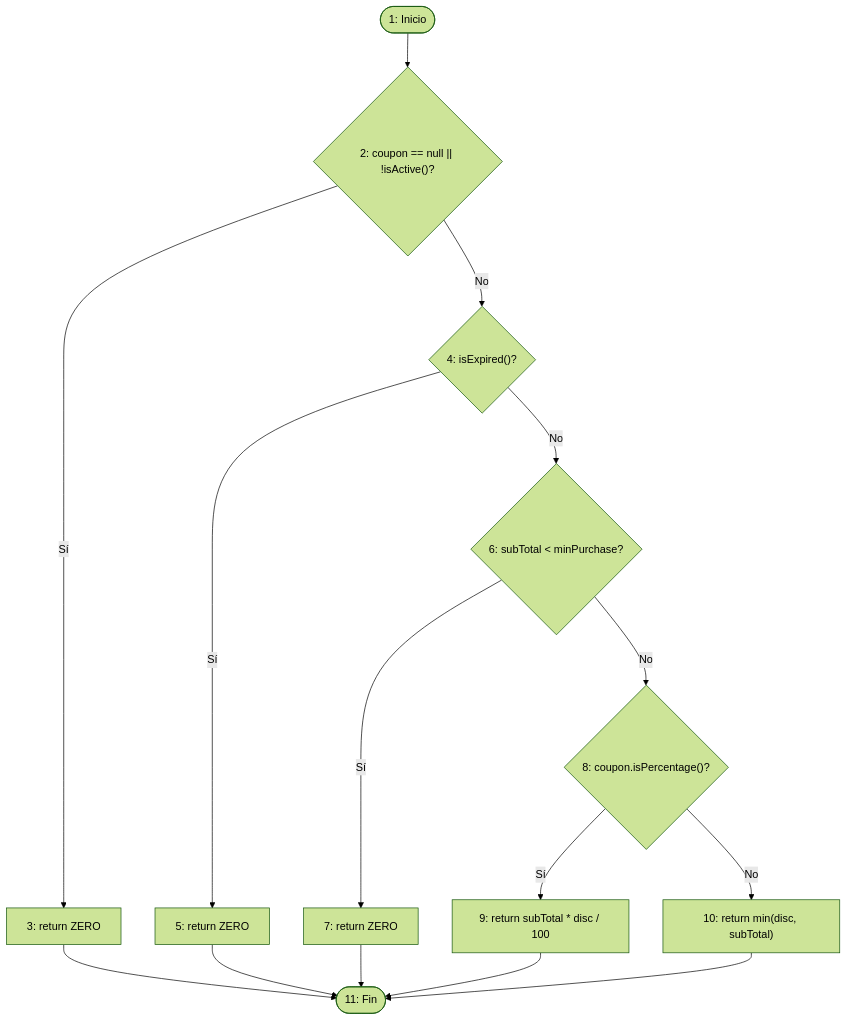
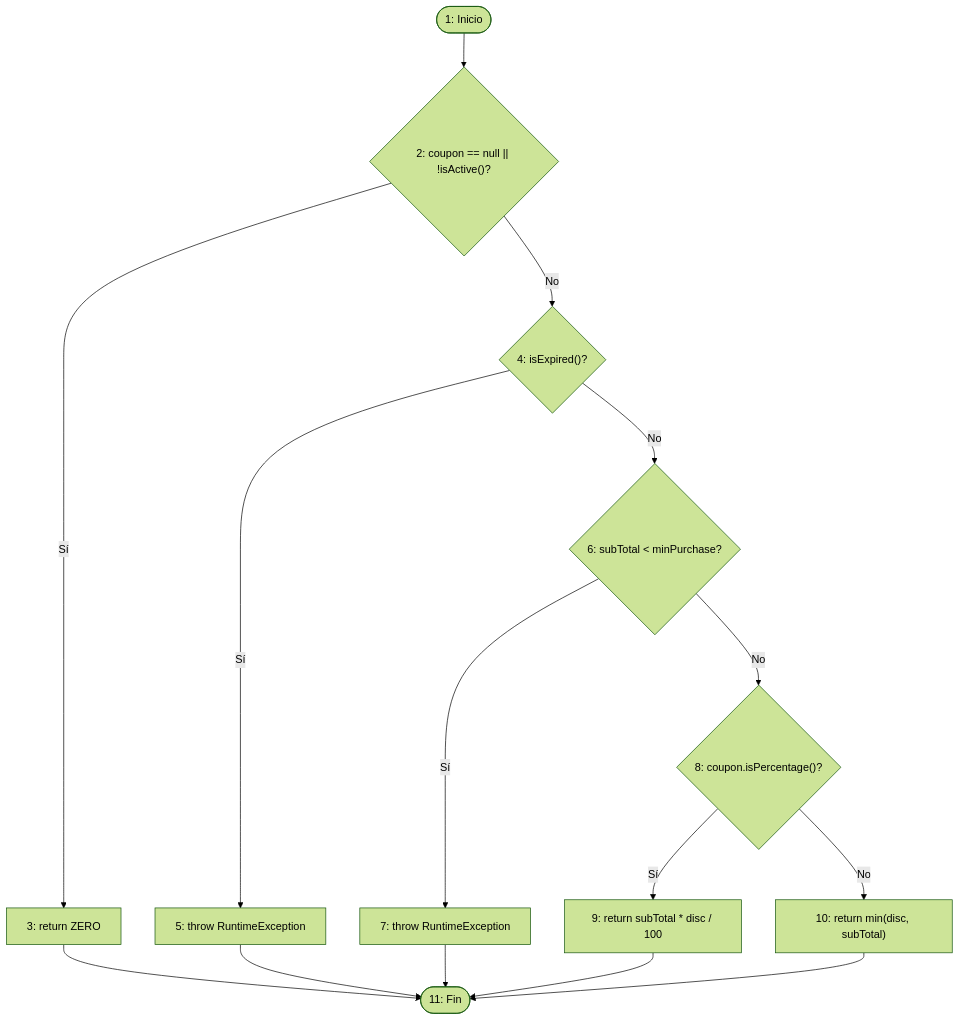
One commit to AngelDevHub/VintageVibe_Frontend changed the second of 2 diagrams in docs/REPORTE_PRUEBAS_WHITE_BOX_VINTAGEVIBE.md. Above: the diagram before and after it, drawn with Mermaid (forest theme). The commit also changed other lines of this file, not shown here.

````diff
--- a/docs/REPORTE_PRUEBAS_WHITE_BOX_VINTAGEVIBE.md
+++ b/docs/REPORTE_PRUEBAS_WHITE_BOX_VINTAGEVIBE.md
@@ -178,17 +179,17 @@
 ```mermaid
 flowchart TD
     N1(["1: Inicio"]) --> D1{"2: coupon == null || !isActive()?"}
     D1 -- Sí --> R1["3: return ZERO"]
     D1 -- No --> D2{"4: isExpired()?"}
-    D2 -- Sí --> R2["5: return ZERO"]
+    D2 -- Sí --> R2["5: throw RuntimeException"]
     D2 -- No --> D3{"6: subTotal < minPurchase?"}
-    D3 -- Sí --> R3["7: return ZERO"]
+    D3 -- Sí --> R3["7: throw RuntimeException"]
     D3 -- No --> D4{"8: coupon.isPercentage()?"}
     D4 -- Sí --> R4["9: return subTotal * disc / 100"]
     D4 -- No --> R5["10: return min(disc, subTotal)"]
     R1 --> N11(["11: Fin"])
     R2 --> N11
     R3 --> N11
     R4 --> N11
     R5 --> N11
 ```
````
